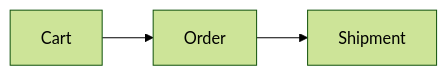
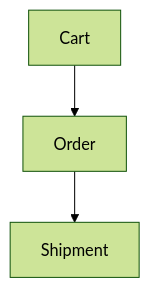
The first of 4 diagrams in docs/Cart_Evolution.md (marcocondrache/bd-project), drawn with Mermaid (forest theme) before and after one commit. The commit also changed other lines of this file and 2 other files, not shown here.

````diff
--- a/docs/Cart_Evolution.md
+++ b/docs/Cart_Evolution.md
@@ -4,5 +5,5 @@
 ```mermaid
-graph LR
+graph
     A[Cart] --> B[Order]
     B --> C[Shipment]
 ```
````
